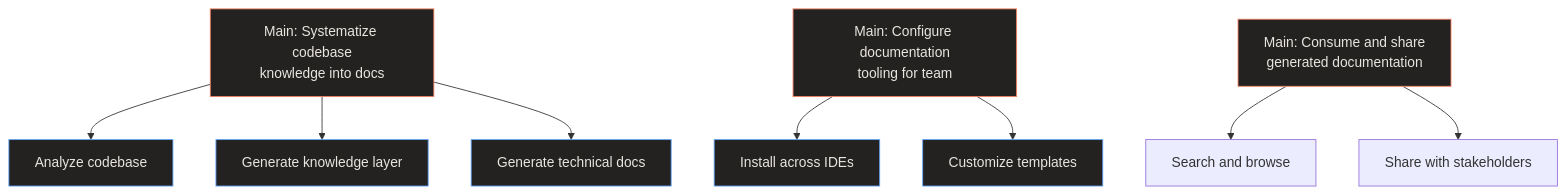
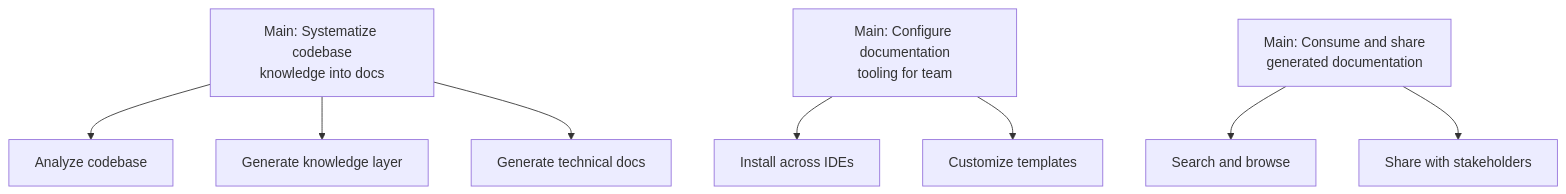
Before and after one commit to relukdev/doc-kit: the diagram in astro-site/src/content/docs/jtbd/index.md, drawn with Mermaid. The commit also changed 48 other files, not shown here.

First line of the commit message:
fix: remove hard-coded Mermaid dark-mode colors, use native themes for light/dark

````diff
--- a/astro-site/src/content/docs/jtbd/index.md
+++ b/astro-site/src/content/docs/jtbd/index.md
@@ -21,23 +21,15 @@
 ```mermaid
 graph TB
-    style MJ1 fill:#232221,stroke:#f78166,color:#E8E5DF
-    style MJ2 fill:#232221,stroke:#f78166,color:#E8E5DF
-    style MJ3 fill:#232221,stroke:#f78166,color:#E8E5DF
-    style SJ1 fill:#232221,stroke:#60A5FA,color:#E8E5DF
-    style SJ2 fill:#232221,stroke:#60A5FA,color:#E8E5DF
-    style SJ3 fill:#232221,stroke:#60A5FA,color:#E8E5DF
-    style SJ4 fill:#232221,stroke:#60A5FA,color:#E8E5DF
-    style SJ5 fill:#232221,stroke:#60A5FA,color:#E8E5DF
 
     MJ1["Main: Systematize codebase\nknowledge into docs"]
     MJ2["Main: Configure documentation\ntooling for team"]
     MJ3["Main: Consume and share\ngenerated documentation"]
 
     MJ1 --> SJ1["Analyze codebase"]
     MJ1 --> SJ2["Generate knowledge layer"]
     MJ1 --> SJ3["Generate technical docs"]
     MJ2 --> SJ4["Install across IDEs"]
     MJ2 --> SJ5["Customize templates"]
     MJ3 --> SJ6["Search and browse"]
     MJ3 --> SJ7["Share with stakeholders"]
 ```
````
